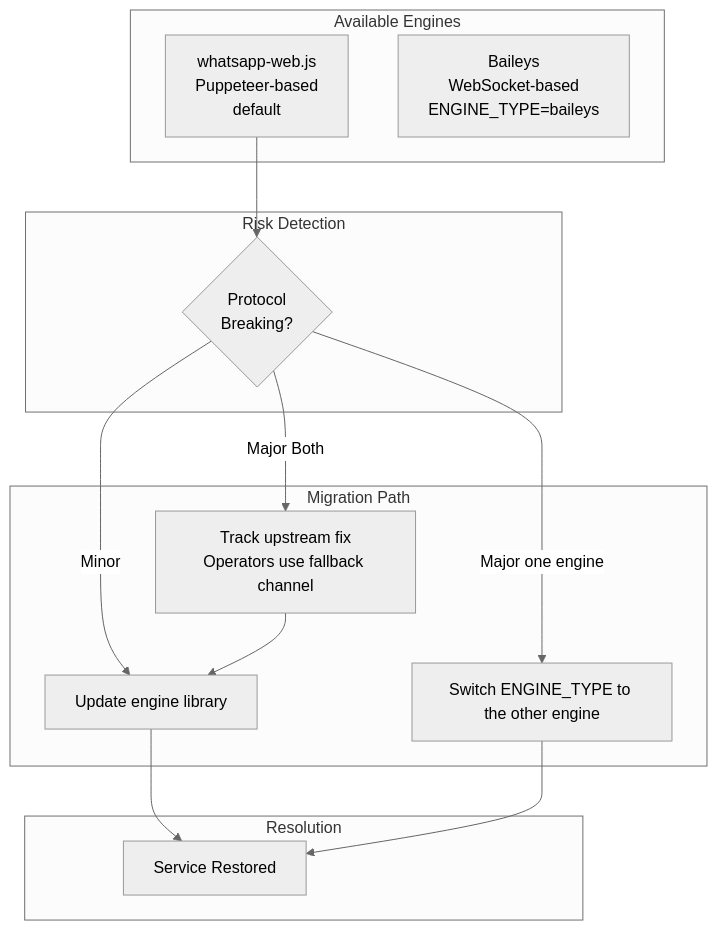
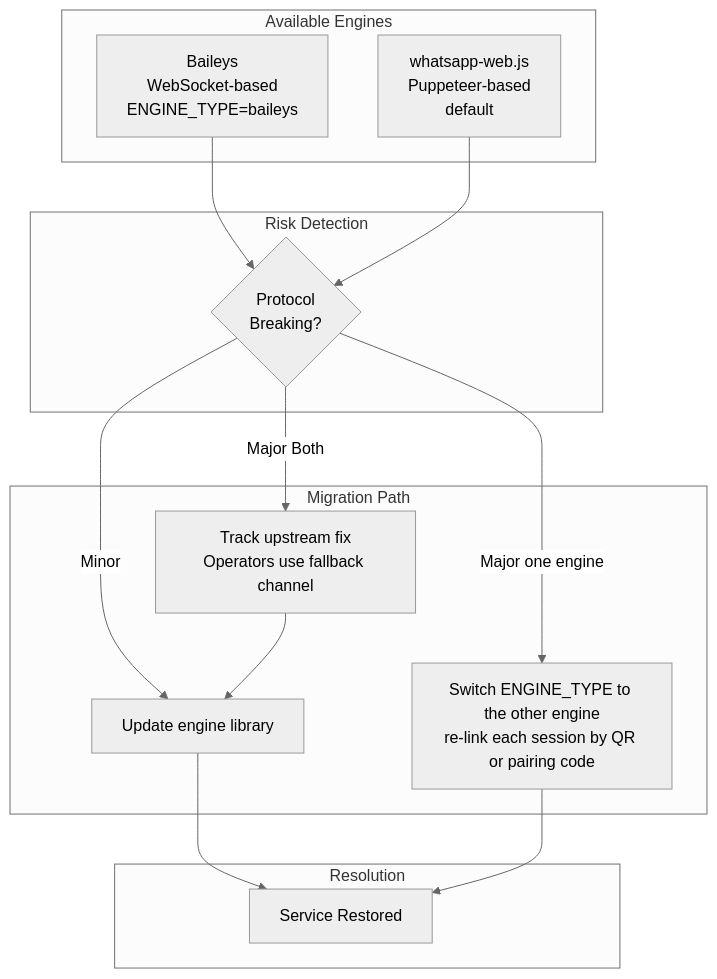
One commit to AntoineTROOVY/Sherlo changed diagram 22 of 24 in docs/03-system-architecture.md. Above: the diagram before and after it, drawn with Mermaid (neutral theme).

Commit message:
docs(architecture): note the re-link after switching ENGINE_TYPE
The engine fallback chart went from switching ENGINE_TYPE straight to
service restored, and the Baileys node never reached the risk check.
Each engine keeps its own auth store, so every session has to be
linked again under the other engine unless it was linked there
before.

````diff
--- a/docs/03-system-architecture.md
+++ b/docs/03-system-architecture.md
@@ -1205,26 +1205,27 @@
 ```mermaid
 flowchart TB
     subgraph Current["Available Engines"]
         A[whatsapp-web.js\nPuppeteer-based\ndefault]
         A2[Baileys\nWebSocket-based\nENGINE_TYPE=baileys]
     end
 
     subgraph Risk["Risk Detection"]
         B{Protocol\nBreaking?}
     end
 
     subgraph Migration["Migration Path"]
         C[Update engine library]
-        D[Switch ENGINE_TYPE to the other engine]
+        D[Switch ENGINE_TYPE to the other engine\nre-link each session by QR or pairing code]
         E[Track upstream fix\nOperators use fallback channel]
     end
 
     subgraph Resolution["Resolution"]
         F[Service Restored]
     end
 
+    A2 --> B
     A --> B
     B -->|Minor| C --> F
     B -->|Major one engine| D --> F
     B -->|Major Both| E --> C
 ```
````
